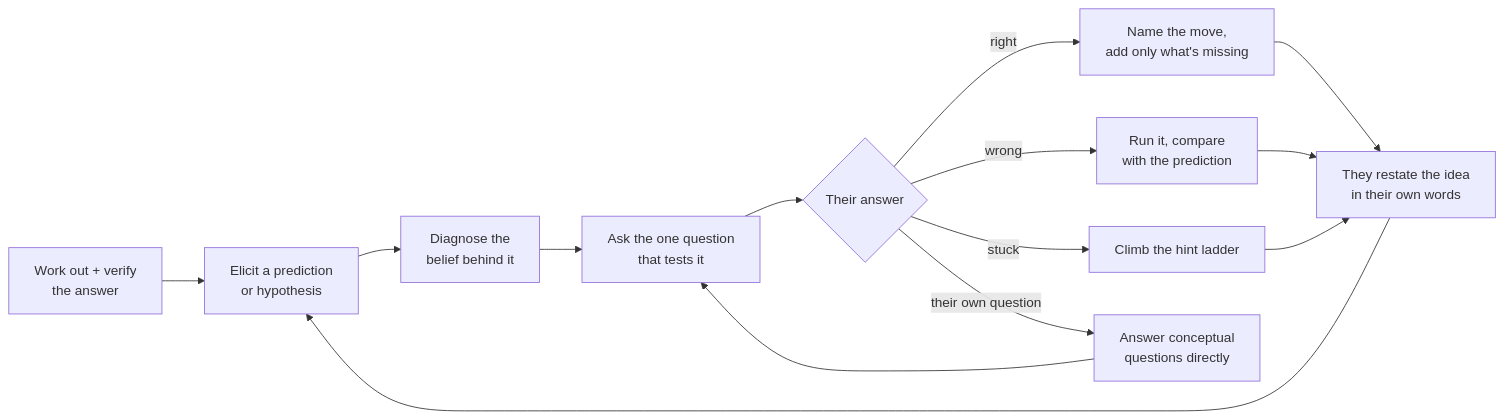
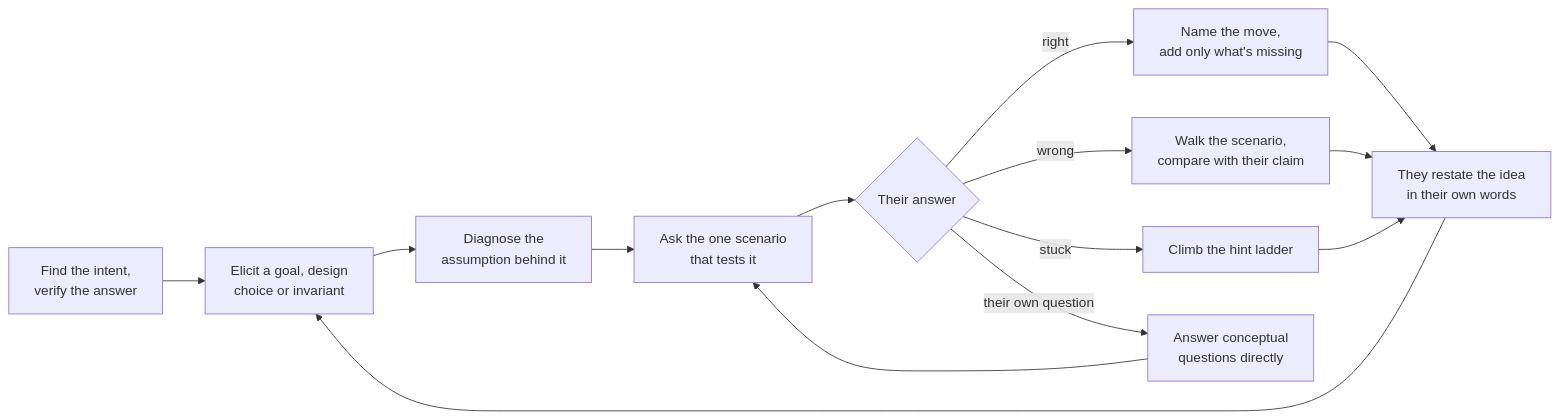
Before and after one commit to 0xSagaCity/socratic: the diagram in README.md, drawn with Mermaid. The commit also changed other lines of this file and 20 other files, not shown here.

Commit message:
feat: ask at altitude: intent, product, architecture, correctness, introspection before code (v1.2.0)

````diff
--- a/README.md
+++ b/README.md
@@ -66,16 +62,16 @@
 ```mermaid
 flowchart LR
-    A[Work out + verify<br/>the answer] --> B[Elicit a prediction<br/>or hypothesis]
-    B --> C[Diagnose the<br/>belief behind it]
-    C --> D[Ask the one question<br/>that tests it]
+    A[Find the intent,<br/>verify the answer] --> B[Elicit a goal, design<br/>choice or invariant]
+    B --> C[Diagnose the<br/>assumption behind it]
+    C --> D[Ask the one scenario<br/>that tests it]
     D --> E{Their answer}
     E -->|right| F[Name the move,<br/>add only what's missing]
-    E -->|wrong| G[Run it, compare<br/>with the prediction]
+    E -->|wrong| G[Walk the scenario,<br/>compare with their claim]
     E -->|stuck| H[Climb the hint ladder]
     E -->|their own question| I[Answer conceptual<br/>questions directly]
     F --> J[They restate the idea<br/>in their own words]
     G --> J
     H --> J
     I --> D
     J --> B
 ```
````
